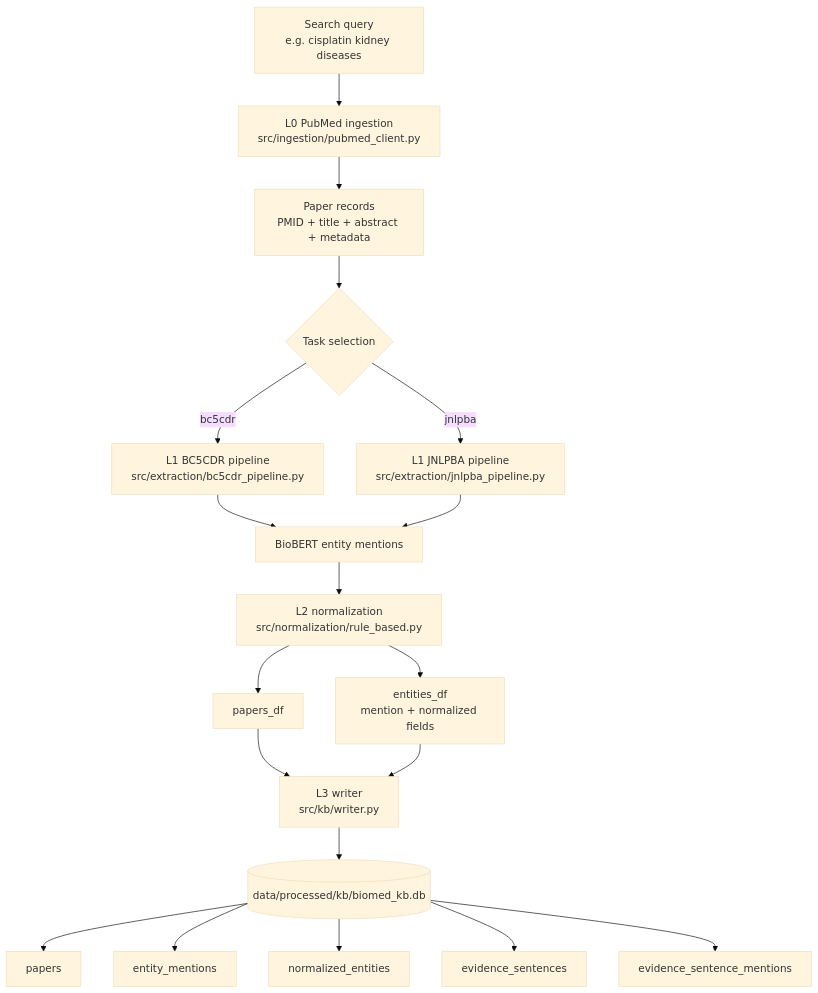
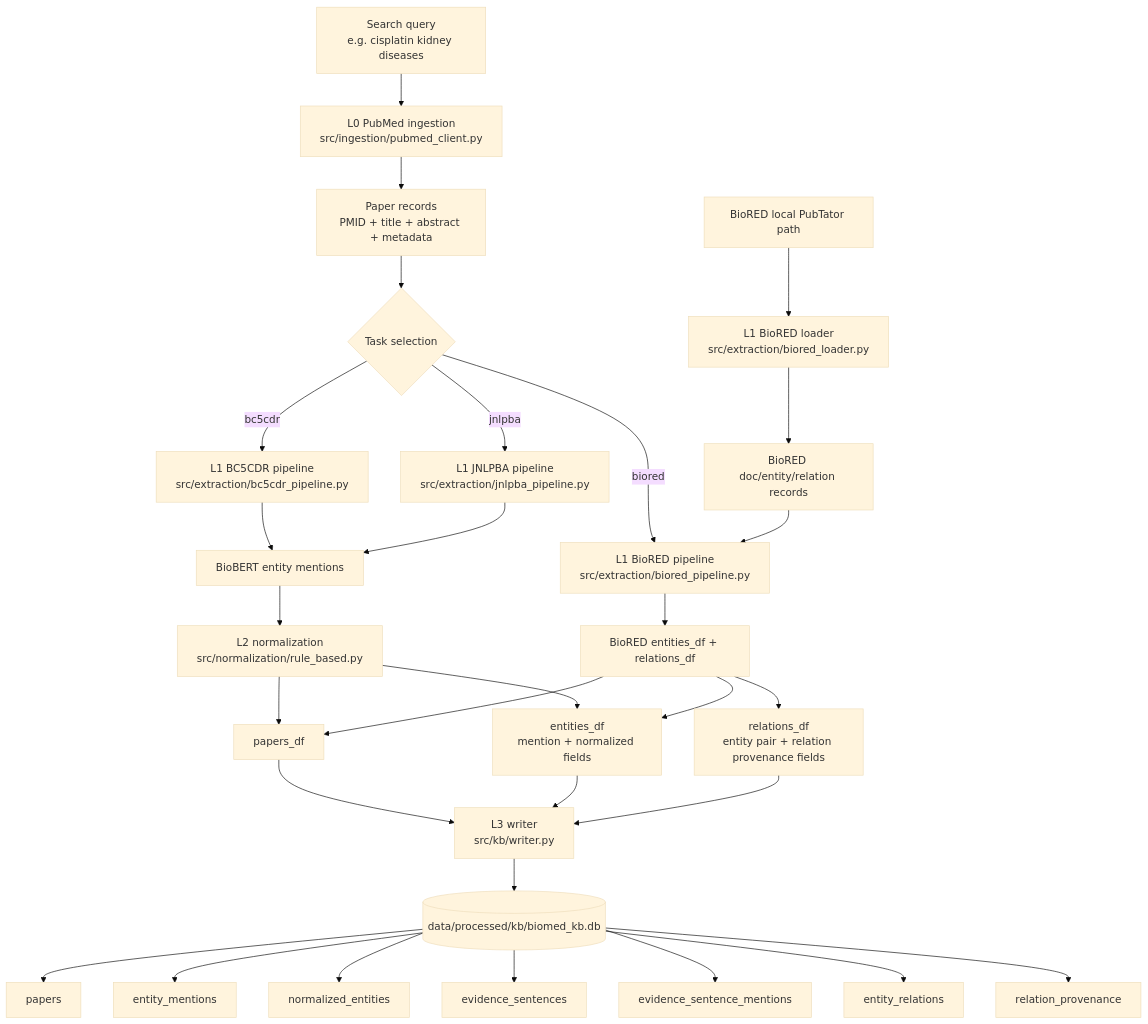
The second of 5 diagrams in doc/end_to_end_data_flow.md (Yi104/biomedical_literature_intelligence_engine), drawn with Mermaid (base theme) before and after one commit. The commit also changed other lines of this file and 13 other files, not shown here.

````diff
--- a/doc/end_to_end_data_flow.md
+++ b/doc/end_to_end_data_flow.md
@@ -89,21 +91,32 @@
 ```mermaid
 flowchart TD
     A["Search query<br/>e.g. cisplatin kidney diseases"] --> B["L0 PubMed ingestion<br/>src/ingestion/pubmed_client.py"]
     B --> C["Paper records<br/>PMID + title + abstract + metadata"]
+    A2["BioRED local PubTator path"] --> B2["L1 BioRED loader<br/>src/extraction/biored_loader.py"]
+    B2 --> C2["BioRED doc/entity/relation records"]
     C --> D{"Task selection"}
     D -->|bc5cdr| E["L1 BC5CDR pipeline<br/>src/extraction/bc5cdr_pipeline.py"]
     D -->|jnlpba| F["L1 JNLPBA pipeline<br/>src/extraction/jnlpba_pipeline.py"]
+    D -->|biored| E2["L1 BioRED pipeline<br/>src/extraction/biored_pipeline.py"]
     E --> G["BioBERT entity mentions"]
     F --> G
+    C2 --> E2
+    E2 --> G2["BioRED entities_df + relations_df"]
     G --> H["L2 normalization<br/>src/normalization/rule_based.py"]
     H --> I["papers_df"]
     H --> J["entities_df<br/>mention + normalized fields"]
+    G2 --> I
+    G2 --> J
+    G2 --> R["relations_df<br/>entity pair + relation provenance fields"]
     I --> K["L3 writer<br/>src/kb/writer.py"]
     J --> K
+    R --> K
     K --> L[("data/processed/kb/biomed_kb.db")]
     L --> M["papers"]
     L --> N["entity_mentions"]
     L --> O["normalized_entities"]
     L --> P["evidence_sentences"]
     L --> Q["evidence_sentence_mentions"]
+    L --> S["entity_relations"]
+    L --> T["relation_provenance"]
 ```
````
